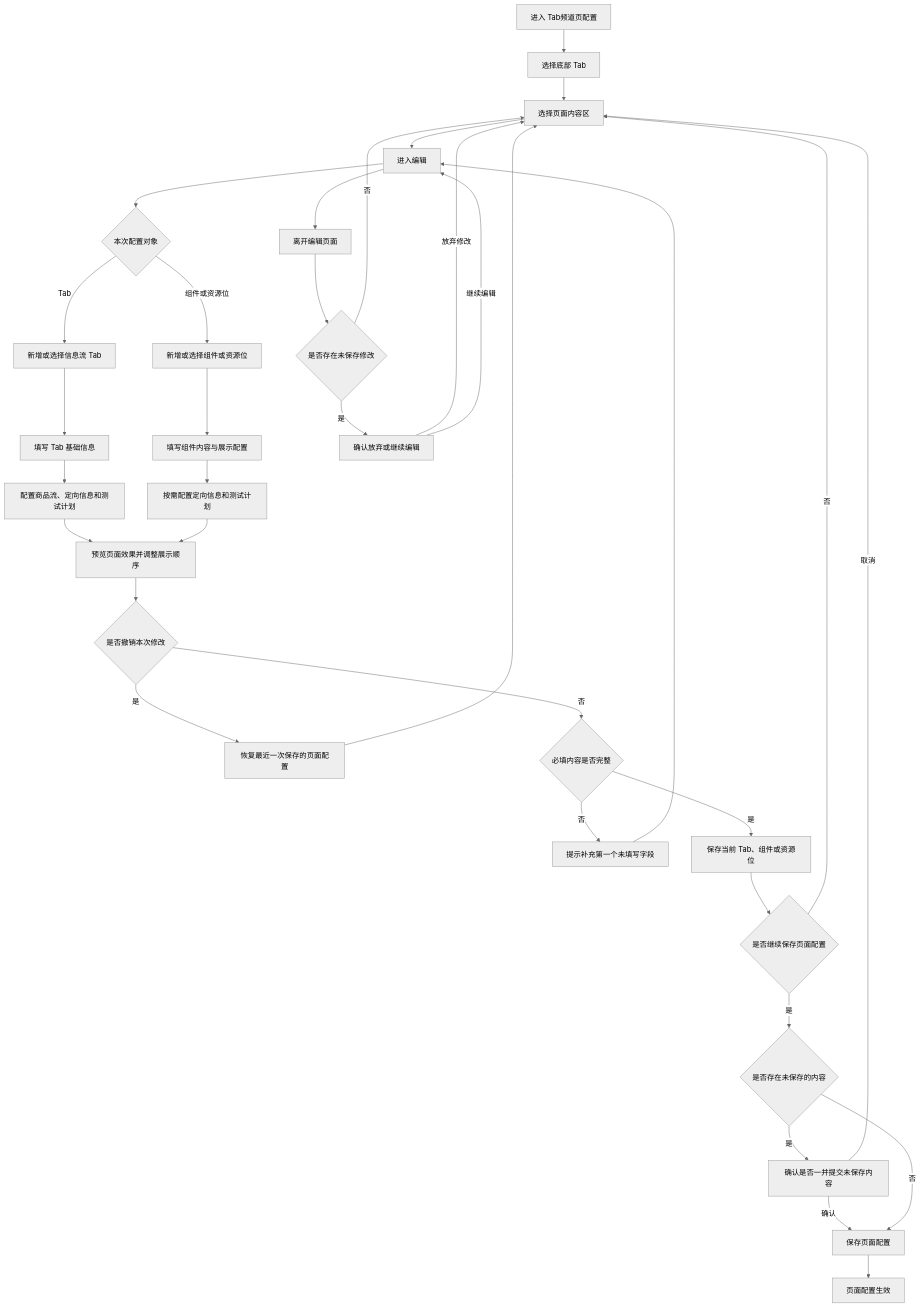
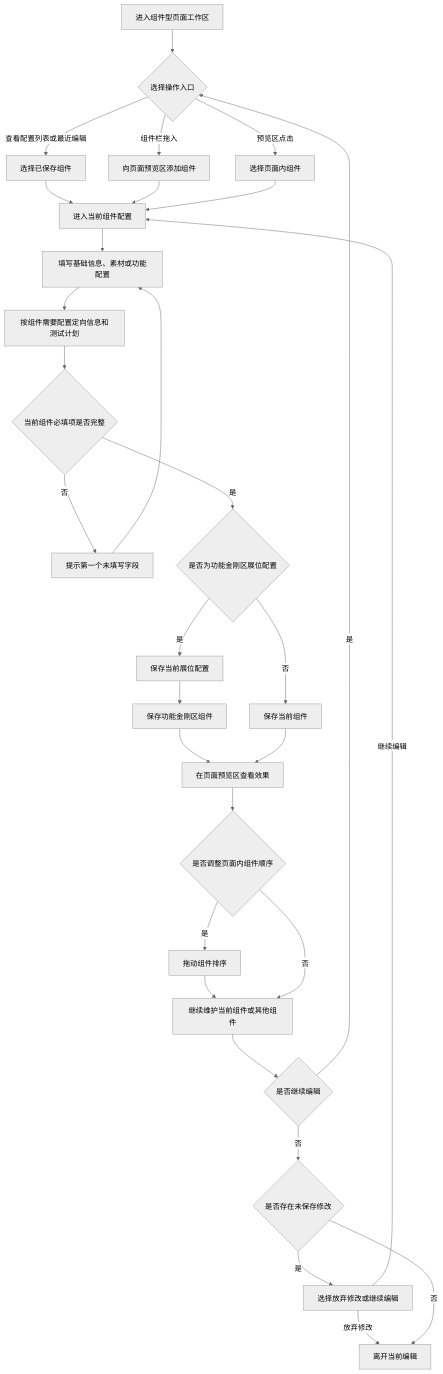
Before and after one commit to chimney759/ms-manage: the seventh of 8 diagrams in docs/Tab频道页配置产品结构与流程图.md, drawn with Mermaid (neutral theme). The commit also changed other lines of this file and 16 other files, not shown here.

````diff
--- a/docs/Tab频道页配置产品结构与流程图.md
+++ b/docs/Tab频道页配置产品结构与流程图.md
@@ -69,40 +286,34 @@
 ```mermaid
 flowchart TD
-  A[进入 Tab频道页配置] --> B[选择底部 Tab]
-  B --> C[选择页面内容区]
-  C --> D[进入编辑]
-  D --> E{本次配置对象}
+  A[进入组件型页面工作区] --> B{选择操作入口}
+  B -->|查看配置列表或最近编辑| C[选择已保存组件]
+  B -->|组件栏拖入| D[向页面预览区添加组件]
+  B -->|预览区点击| E[选择页面内组件]
 
-  E -->|Tab| F[新增或选择信息流 Tab]
-  F --> G[填写 Tab 基础信息]
-  G --> H[配置商品流、定向信息和测试计划]
+  C --> F[进入当前组件配置]
+  D --> F
+  E --> F
+  F --> G[填写基础信息、素材或功能配置]
+  G --> H[按组件需要配置定向信息和测试计划]
+  H --> I{当前组件必填项是否完整}
+  I -->|否| J[提示第一个未填写字段]
+  J --> G
+  I -->|是| K{是否为功能金刚区展位配置}
+  K -->|是| L[保存当前展位配置]
+  L --> M[保存功能金刚区组件]
+  K -->|否| N[保存当前组件]
+  M --> O[在页面预览区查看效果]
+  N --> O
 
-  E -->|组件或资源位| I[新增或选择组件或资源位]
-  I --> J[填写组件内容与展示配置]
-  J --> K[按需配置定向信息和测试计划]
-
-  H --> L[预览页面效果并调整展示顺序]
-  K --> L
-  L --> M{是否撤销本次修改}
-  M -->|是| N[恢复最近一次保存的页面配置]
-  N --> C
-  M -->|否| O{必填内容是否完整}
-  O -->|否| P[提示补充第一个未填写字段]
-  P --> D
-  O -->|是| Q[保存当前 Tab、组件或资源位]
-  Q --> R{是否继续保存页面配置}
-  R -->|否| C
-  R -->|是| S{是否存在未保存的内容}
-  S -->|是| T[确认是否一并提交未保存内容]
-  T -->|取消| C
-  T -->|确认| U[保存页面配置]
-  S -->|否| U
-  U --> V[页面配置生效]
-
-  D --> W[离开编辑页面]
-  W --> X{是否存在未保存修改}
-  X -->|否| C
-  X -->|是| Y[确认放弃或继续编辑]
-  Y -->|放弃修改| C
-  Y -->|继续编辑| D
+  O --> P{是否调整页面内组件顺序}
+  P -->|是| Q[拖动组件排序]
+  Q --> R[继续维护当前组件或其他组件]
+  P -->|否| R
+  R --> S{是否继续编辑}
+  S -->|是| B
+  S -->|否| T{是否存在未保存修改}
+  T -->|是| U[选择放弃修改或继续编辑]
+  U -->|放弃修改| V[离开当前编辑]
+  U -->|继续编辑| F
+  T -->|否| V
 ```
````
